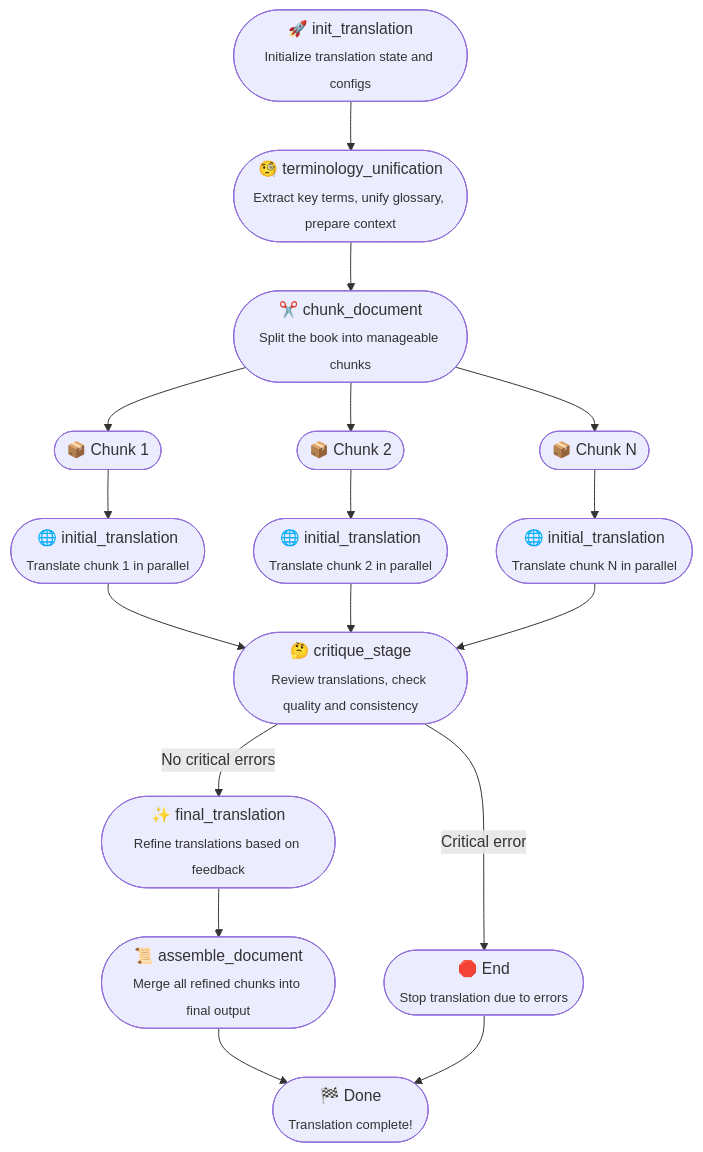
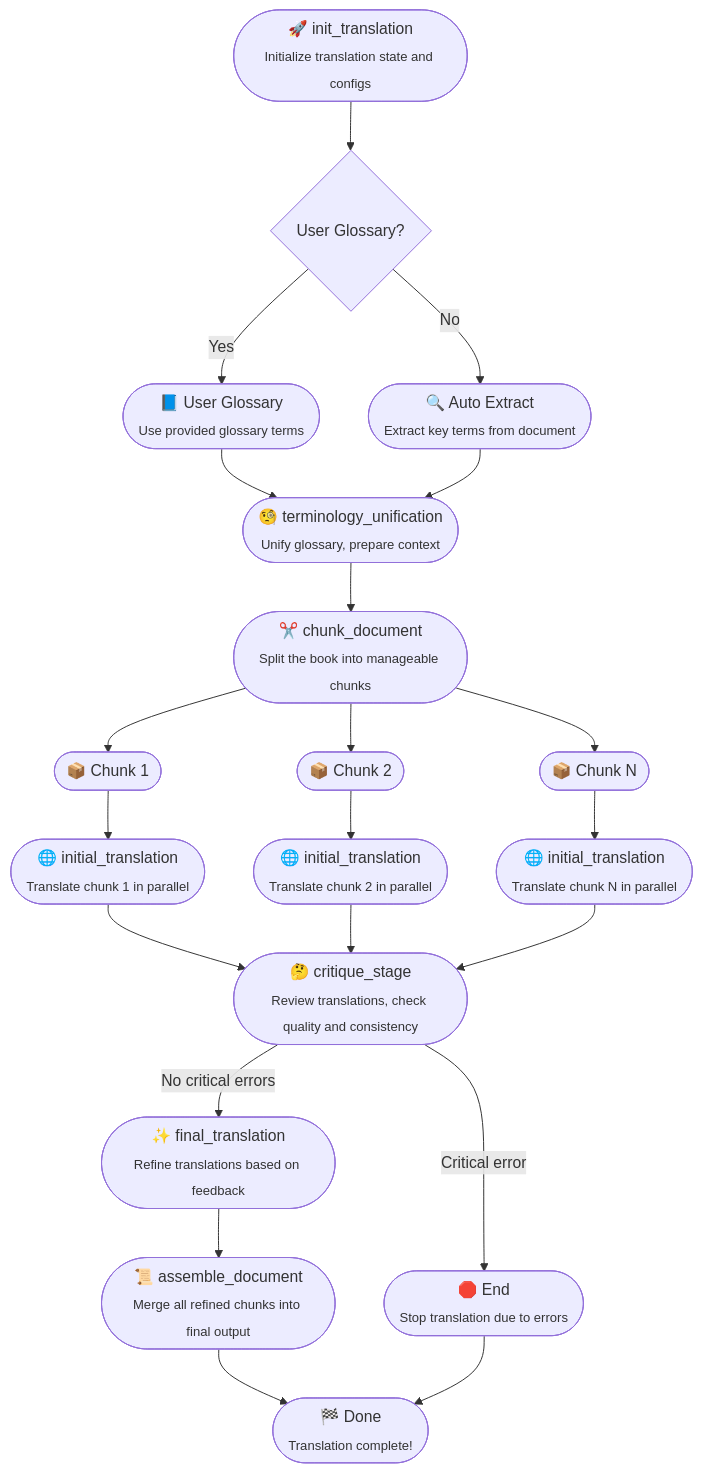
One commit to koukoulala/game-localization changed the diagram in README.md. Above: the diagram before and after it, drawn with Mermaid. The commit also changed other lines of this file and 2 other files, not shown here.

Commit message:
WebUI now include glossary managment with dynamic edits

````diff
--- a/README.md
+++ b/README.md
@@ -25,29 +25,38 @@
 ```mermaid
 flowchart TD
-    A([🚀 init_translation<br><sub>Initialize translation state and configs</sub>]) --> B([🧐 terminology_unification<br><sub>Extract key terms, unify glossary, prepare context</sub>])
+    A([🚀 init_translation<br><sub>Initialize translation state and configs</sub>]) --> AA{User Glossary?}
+    
+    %% Glossary path decision
+    AA -->|Yes| AB([📘 User Glossary<br><sub>Use provided glossary terms</sub>])
+    AA -->|No| AC([🔍 Auto Extract<br><sub>Extract key terms from document</sub>])
+    
+    %% Both paths lead to terminology unification
+    AB --> B([🧐 terminology_unification<br><sub>Unify glossary, prepare context</sub>])
+    AC --> B
+    
     B --> C([✂️ chunk_document<br><sub>Split the book into manageable chunks</sub>])
 
     %% Chunking produces multiple chunks
     C --> D1([📦 Chunk 1])
     C --> D2([📦 Chunk 2])
     C --> D3([📦 Chunk N])
 
     %% Parallel translation workers
     D1 --> E1([🌐 initial_translation<br><sub>Translate chunk 1 in parallel</sub>])
     D2 --> E2([🌐 initial_translation<br><sub>Translate chunk 2 in parallel</sub>])
     D3 --> E3([🌐 initial_translation<br><sub>Translate chunk N in parallel</sub>])
 
     %% Merge all translations
     E1 --> F([🤔 critique_stage<br><sub>Review translations, check quality and consistency</sub>])
     E2 --> F
     E3 --> F
 
     %% Decision after critique
     F --> |No critical errors| G([✨ final_translation<br><sub>Refine translations based on feedback</sub>])
     F --> |Critical error| H([🛑 End<br><sub>Stop translation due to errors</sub>])
 
     G --> I([📜 assemble_document<br><sub>Merge all refined chunks into final output</sub>])
     I --> J([🏁 Done<br><sub>Translation complete!</sub>])
 
     H --> J
 ```
````
